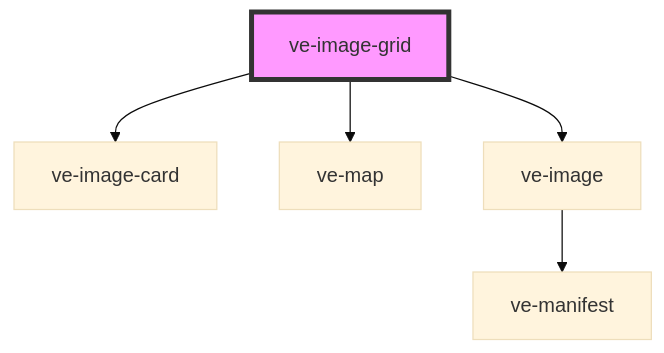
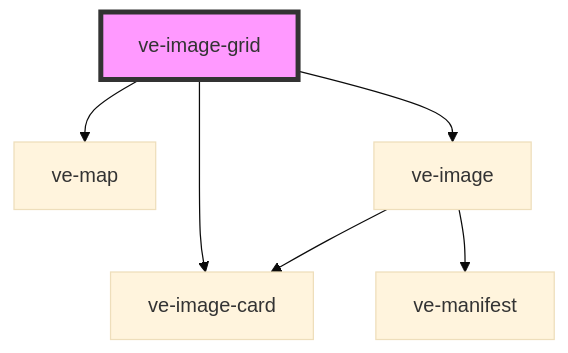
Before and after one commit to visual-essays/web-components: the diagram in src/components/ve-image-grid/readme.md, drawn with Mermaid (base theme). The commit also changed 10 other files, not shown here.

````diff
--- a/src/components/ve-image-grid/readme.md
+++ b/src/components/ve-image-grid/readme.md
@@ -24,8 +24,9 @@
 ```mermaid
 graph TD;
   ve-image-grid --> ve-image-card
   ve-image-grid --> ve-map
   ve-image-grid --> ve-image
   ve-image --> ve-manifest
+  ve-image --> ve-image-card
   style ve-image-grid fill:#f9f,stroke:#333,stroke-width:4px
 ```
````
